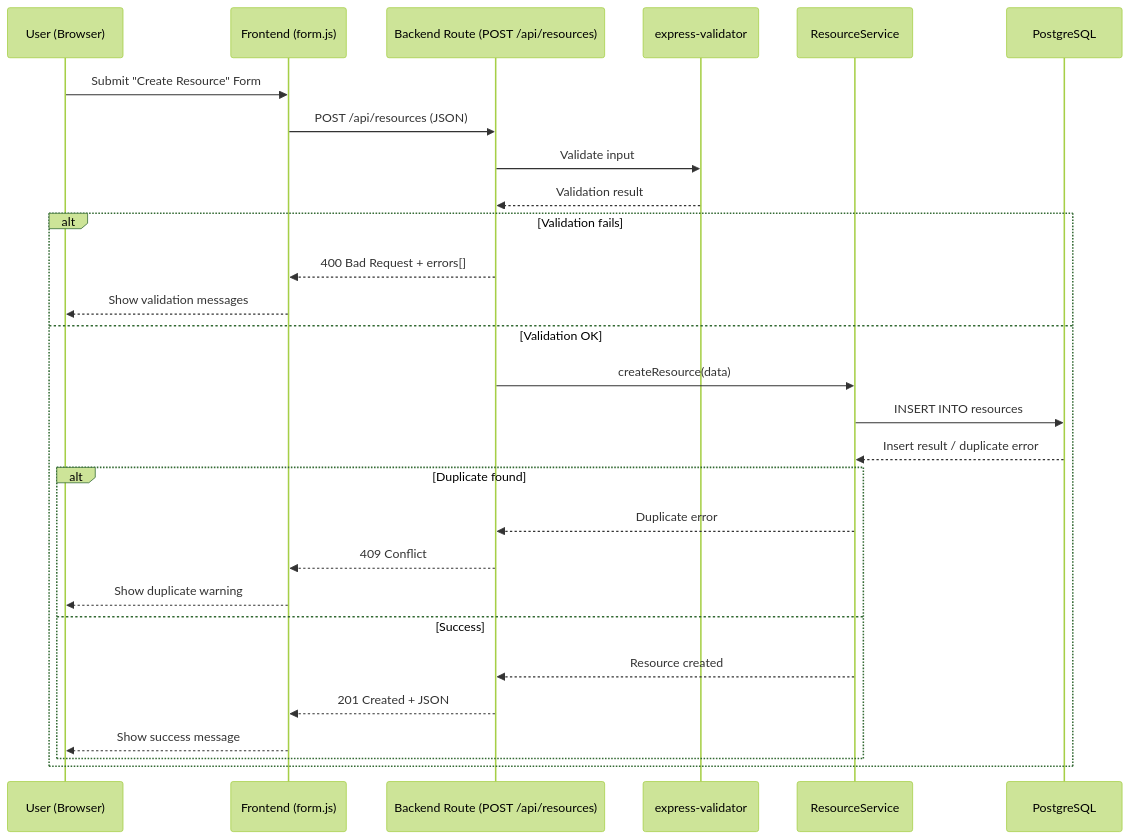
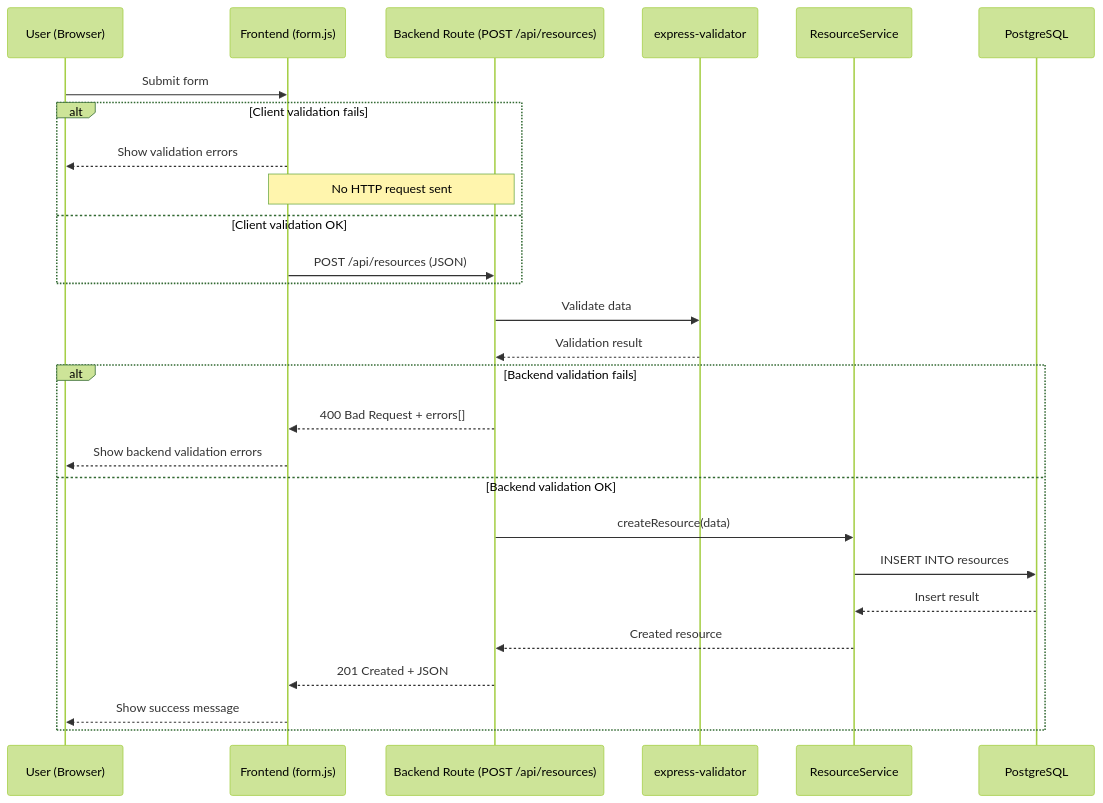
The first of 4 diagrams in BookingSystemPhase6/BookingSystemPhase6_Report.md (viekko/IT00AK35-3005-Web-kehitt-misen-jatkokurssi), drawn with Mermaid (forest theme) before and after one commit. The commit also changed other lines of this file, not shown here.

````diff
--- a/BookingSystemPhase6/BookingSystemPhase6_Report.md
+++ b/BookingSystemPhase6/BookingSystemPhase6_Report.md
@@ -3,34 +3,35 @@
 ```mermaid
 sequenceDiagram
     participant U as User (Browser)
     participant F as Frontend (form.js)
     participant B as Backend Route (POST /api/resources)
     participant V as express-validator
     participant S as ResourceService
     participant DB as PostgreSQL
 
-    U->>F: Submit "Create Resource" Form
-    F->>B: POST /api/resources (JSON)
+    U->>F: Submit form
 
-    B->>V: Validate input
+    %% Frontend validation
+    alt Client validation fails
+        F-->>U: Show validation errors
+        Note over F,B: No HTTP request sent
+    else Client validation OK
+        F->>B: POST /api/resources (JSON)
+    end
+
+    %% Backend validation
+    B->>V: Validate data
     V-->>B: Validation result
 
-    alt Validation fails
+    alt Backend validation fails
         B-->>F: 400 Bad Request + errors[]
-        F-->>U: Show validation messages
-    else Validation OK
+        F-->>U: Show backend validation errors
+    else Backend validation OK
         B->>S: createResource(data)
         S->>DB: INSERT INTO resources
-        DB-->>S: Insert result / duplicate error
-
-        alt Duplicate found
-            S-->>B: Duplicate error
-            B-->>F: 409 Conflict
-            F-->>U: Show duplicate warning
-        else Success
-            S-->>B: Resource created
-            B-->>F: 201 Created + JSON
-            F-->>U: Show success message
-        end
+        DB-->>S: Insert result
+        S-->>B: Created resource
+        B-->>F: 201 Created + JSON
+        F-->>U: Show success message
     end
 ```
````
